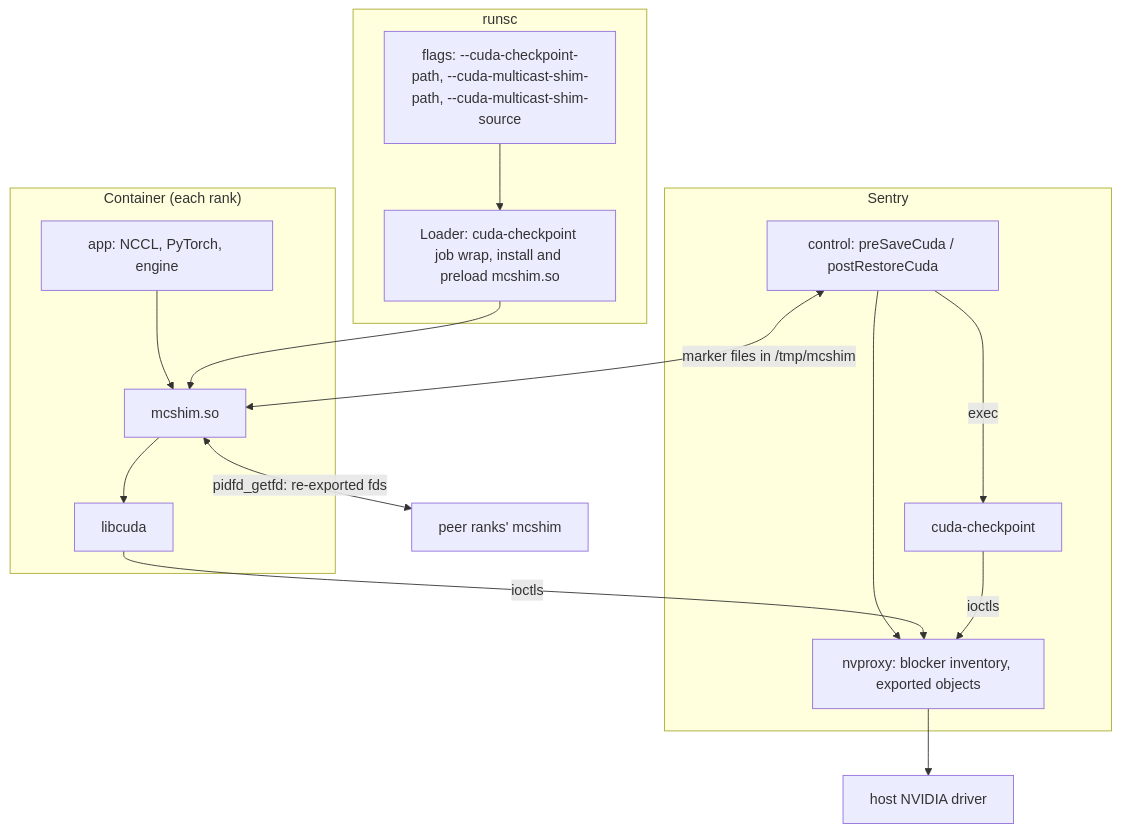
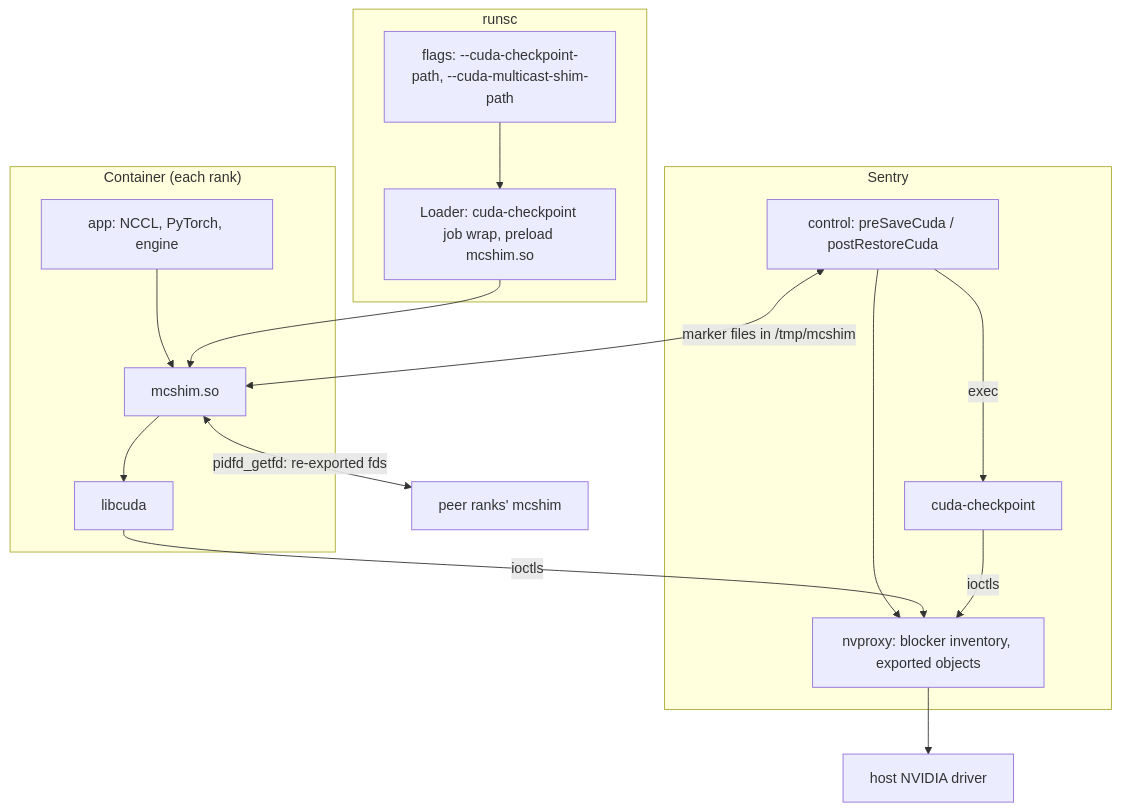
One commit to luiscape/gvisor changed the first of 2 diagrams in g3doc/proposals/cuda_multigpu_checkpoint.md. Above: the diagram before and after it, drawn with Mermaid. The commit also changed other lines of this file and 14 other files, not shown here.

````diff
--- a/g3doc/proposals/cuda_multigpu_checkpoint.md
+++ b/g3doc/proposals/cuda_multigpu_checkpoint.md
@@ -82,20 +82,20 @@
 ```mermaid
 flowchart TD
     subgraph runsc
-        F["flags: --cuda-checkpoint-path, --cuda-multicast-shim-path, --cuda-multicast-shim-source"] --> L["Loader: cuda-checkpoint job wrap, install and preload mcshim.so"]
+        F["flags: --cuda-checkpoint-path, --cuda-multicast-shim-path"] --> L["Loader: cuda-checkpoint job wrap, preload mcshim.so"]
     end
     subgraph Sentry
         S["control: preSaveCuda / postRestoreCuda"] -->|exec| CC[cuda-checkpoint]
         S --> N["nvproxy: blocker inventory, exported objects"]
     end
     subgraph "Container (each rank)"
         A["app: NCCL, PyTorch, engine"] --> M[mcshim.so]
         M --> LC[libcuda]
     end
     L --> M
     S <-->|"marker files in /tmp/mcshim"| M
     M <-->|"pidfd_getfd: re-exported fds"| P["peer ranks' mcshim"]
     LC -->|ioctls| N
     CC -->|ioctls| N
     N --> H[host NVIDIA driver]
 ```
````
